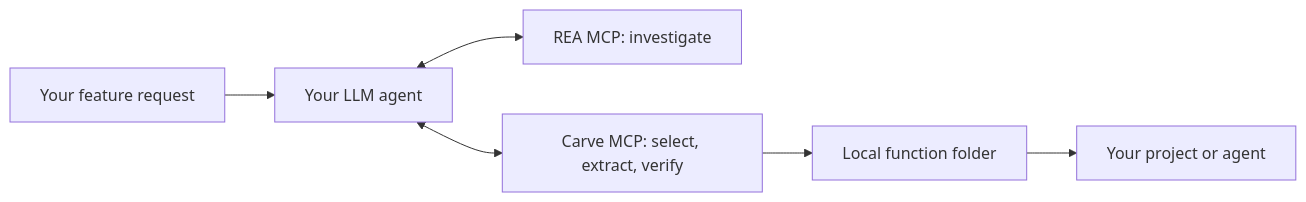
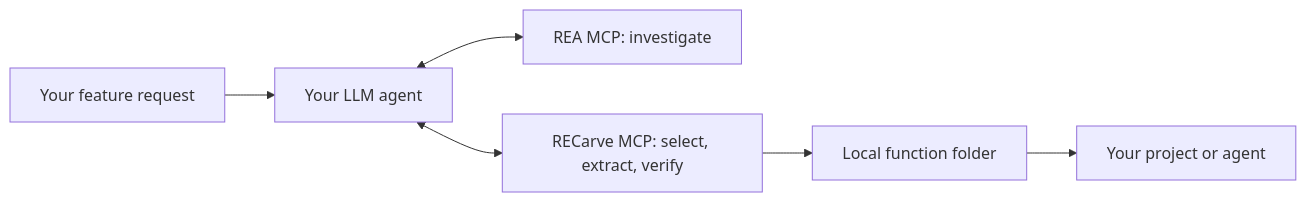
One commit to LuckyFishOno/reverse-engineering-carve changed the diagram in README.md. Above: the diagram before and after it, drawn with Mermaid. The commit also changed other lines of this file and 99 other files, not shown here.

````diff
--- a/README.md
+++ b/README.md
@@ -18,8 +22,8 @@
 ```mermaid
 flowchart LR
     U[Your feature request] --> A[Your LLM agent]
     A <--> R[REA MCP: investigate]
-    A <--> C[Carve MCP: select, extract, verify]
+    A <--> C[RECarve MCP: select, extract, verify]
     C --> F[Local function folder]
     F --> P[Your project or agent]
 ```
````
